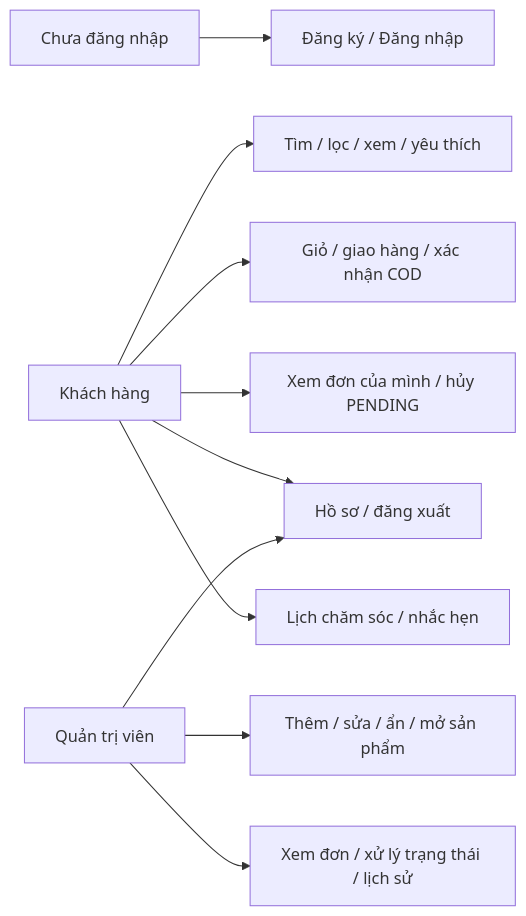
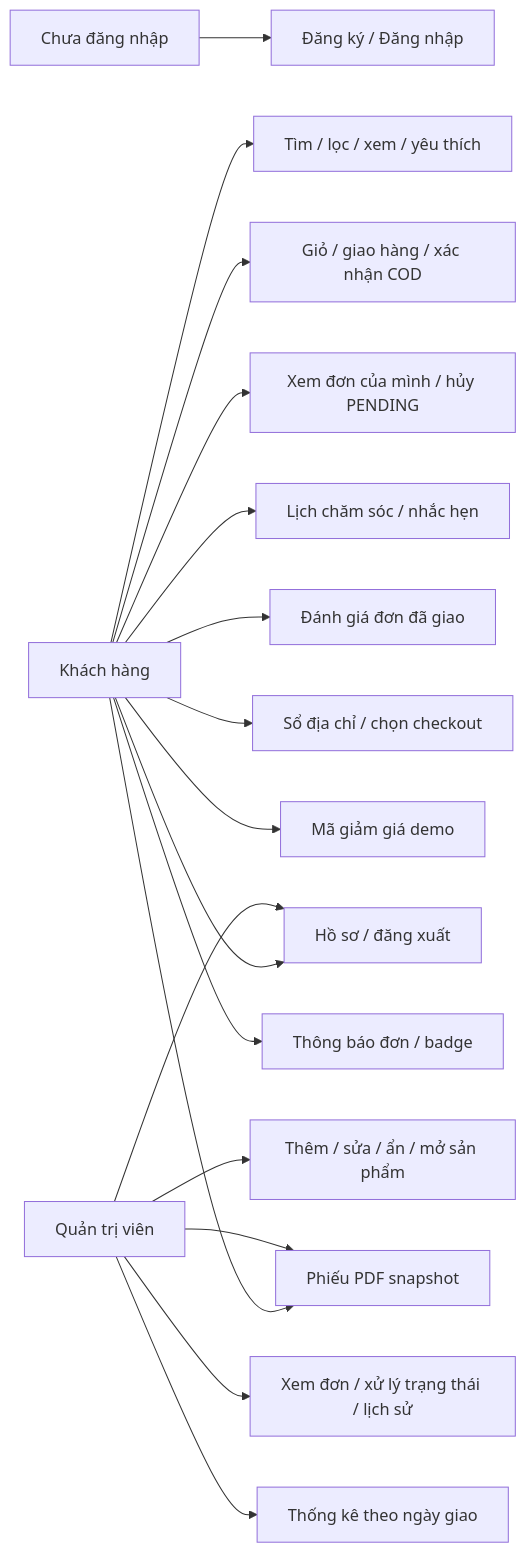
The first of 7 diagrams in docs/bao-cao/so-do.md (tdn1997/bloomy-beauty), drawn with Mermaid before and after one commit. The commit also changed other lines of this file and 715 other files, not shown here.

````diff
--- a/docs/bao-cao/so-do.md
+++ b/docs/bao-cao/so-do.md
@@ -9,12 +9,19 @@
 ```mermaid
 flowchart LR
     Guest[Chưa đăng nhập] --> Auth[Đăng ký / Đăng nhập]
     Customer[Khách hàng] --> Browse[Tìm / lọc / xem / yêu thích]
     Customer --> Cart[Giỏ / giao hàng / xác nhận COD]
     Customer --> History[Xem đơn của mình / hủy PENDING]
     Customer --> Profile[Hồ sơ / đăng xuất]
     Customer --> Care[Lịch chăm sóc / nhắc hẹn]
     Admin[Quản trị viên] --> Product[Thêm / sửa / ẩn / mở sản phẩm]
     Admin --> Order[Xem đơn / xử lý trạng thái / lịch sử]
+    Customer --> Review[Đánh giá đơn đã giao]
+    Customer --> Address[Sổ địa chỉ / chọn checkout]
+    Customer --> Coupon[Mã giảm giá demo]
+    Customer --> PDF[Phiếu PDF snapshot]
+    Customer --> Inbox[Thông báo đơn / badge]
+    Admin --> PDF
+    Admin --> Stats[Thống kê theo ngày giao]
     Admin --> Profile
 ```
````
